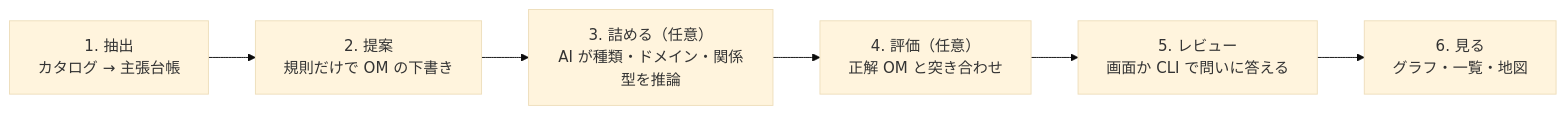
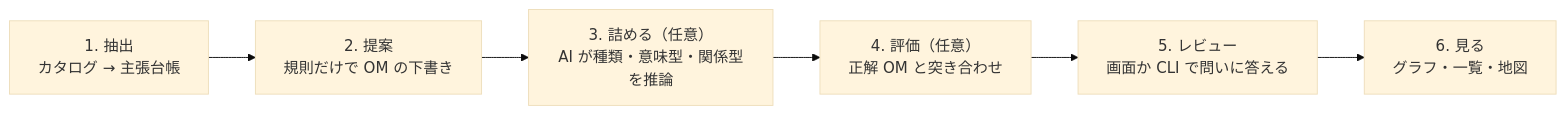
One commit to NaokiHyu/mandara changed the sixth of 6 diagrams in docs/quickstart.md. Above: the diagram before and after it, drawn with Mermaid (base theme). The commit also changed other lines of this file and 56 other files, not shown here.

````diff
--- a/docs/quickstart.md
+++ b/docs/quickstart.md
@@ -148,8 +152,8 @@
 ```mermaid
 flowchart LR
     S1["1. 抽出<br/>カタログ → 主張台帳"] --> S2["2. 提案<br/>規則だけで OM の下書き"]
-    S2 --> S3["3. 詰める（任意）<br/>AI が種類・ドメイン・関係型を推論"]
+    S2 --> S3["3. 詰める（任意）<br/>AI が種類・意味型・関係型を推論"]
     S3 --> S4["4. 評価（任意）<br/>正解 OM と突き合わせ"]
     S4 --> S5["5. レビュー<br/>画面か CLI で問いに答える"]
     S5 --> S6["6. 見る<br/>グラフ・一覧・地図"]
 ```
````
